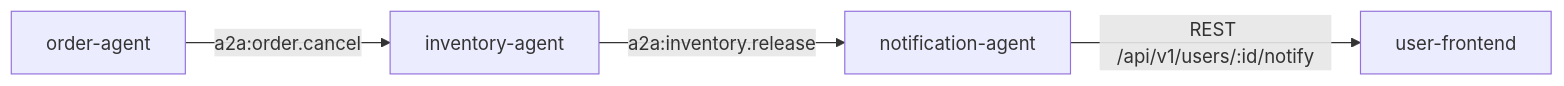
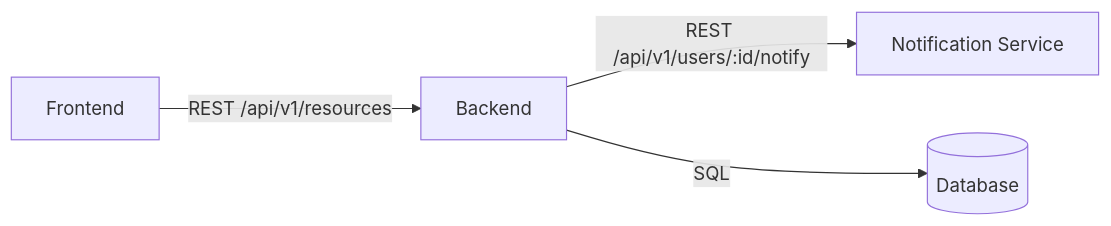
Before and after one commit to Jay-0807/dev-flow-standard: the diagram in templates/api-spec.md, drawn with Mermaid. The commit also changed other lines of this file and 49 other files, not shown here.

````diff
--- a/templates/api-spec.md
+++ b/templates/api-spec.md
@@ -147,6 +152,6 @@
 ```mermaid
 graph LR
-  A[order-agent] -->|a2a:order.cancel| B[inventory-agent]
-  B -->|a2a:inventory.release| C[notification-agent]
-  C -->|REST /api/v1/users/:id/notify| D[user-frontend]
+  A[Frontend] -->|REST /api/v1/resources| B[Backend]
+  B -->|REST /api/v1/users/:id/notify| C[Notification Service]
+  B -->|SQL| D[(Database)]
 ```
````
